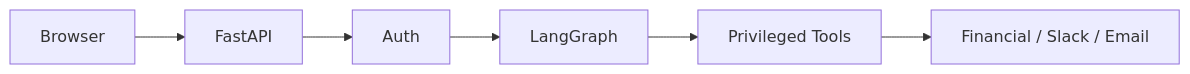
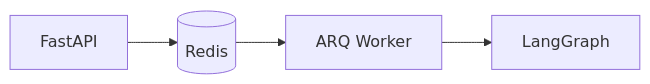
One commit to ChibuezeWilly/AI-Powered-Financial-Close-System changed diagram 16 of 23 in README.md. Above: the diagram before and after it, drawn with Mermaid. The commit also changed other lines of this file and 28 other files, not shown here.

````diff
--- a/README.md
+++ b/README.md
@@ -2073,27 +2355,15 @@
 ```mermaid
-
 flowchart LR
 
-    BROWSER[Browser]
+    API[FastAPI]
 
-    API[FastAPI]
+    REDIS[(Redis)]
 
-    AUTH[Auth]
+    ARQ[ARQ Worker]
 
-    WORKFLOW[LangGraph]
+    LG[LangGraph]
 
-    TOOLS[Privileged Tools]
-
-    SYSTEMS[Financial / Slack / Email]
-
-    BROWSER --> API
-
-    API --> AUTH
-
-    AUTH --> WORKFLOW
-
-    WORKFLOW --> TOOLS
-
-    TOOLS --> SYSTEMS
-
+    API --> REDIS
+    REDIS --> ARQ
+    ARQ --> LG
 ```
````
